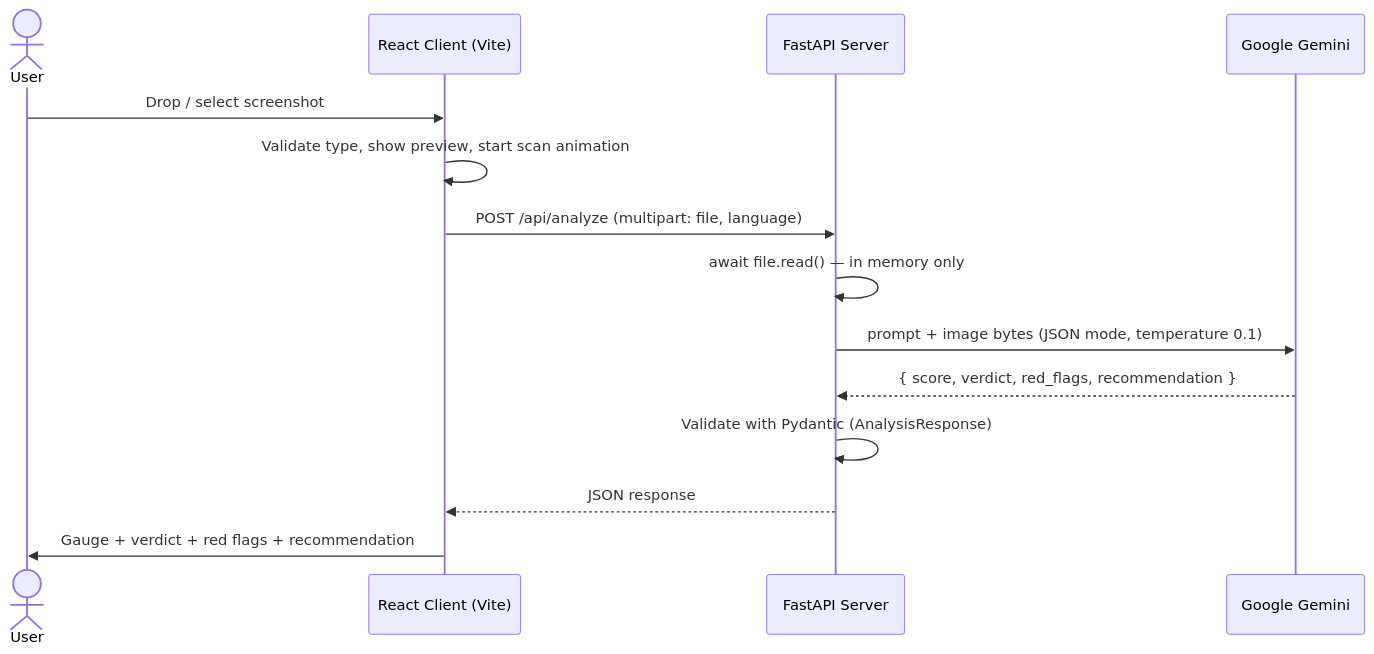
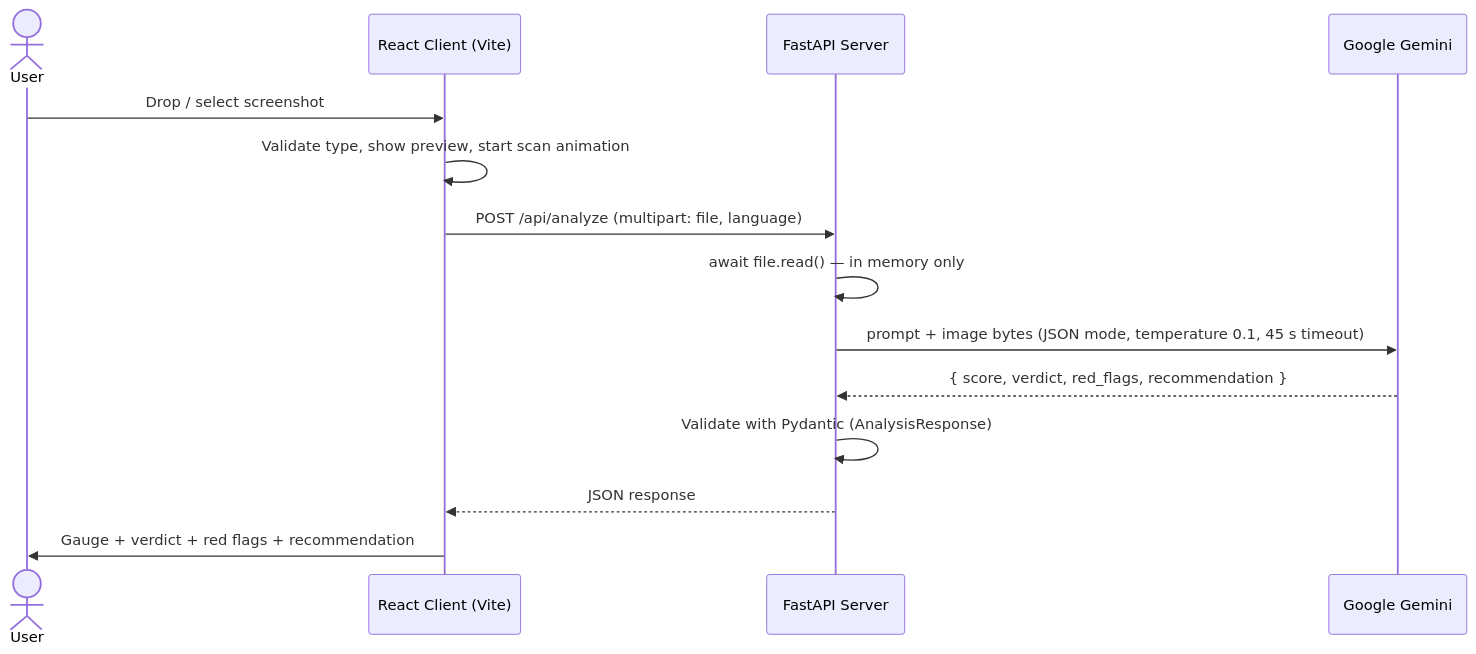
The diagram in README.md (aviya1221/PhishGuard), drawn with Mermaid before and after one commit. The commit also changed other lines of this file and 1 other file, not shown here.

First line of the commit message:
Document the evaluation, tests, timeout and temperature in the README

````diff
--- a/README.md
+++ b/README.md
@@ -33,17 +33,17 @@
 ```mermaid
 sequenceDiagram
     actor User
     participant UI as React Client (Vite)
     participant API as FastAPI Server
     participant AI as Google Gemini
 
     User->>UI: Drop / select screenshot
     UI->>UI: Validate type, show preview, start scan animation
     UI->>API: POST /api/analyze (multipart: file, language)
     API->>API: await file.read() — in memory only
-    API->>AI: prompt + image bytes (JSON mode, temperature 0.1)
+    API->>AI: prompt + image bytes (JSON mode, temperature 0.1, 45 s timeout)
     AI-->>API: { score, verdict, red_flags, recommendation }
     API->>API: Validate with Pydantic (AnalysisResponse)
     API-->>UI: JSON response
     UI->>User: Gauge + verdict + red flags + recommendation
 ```
````
